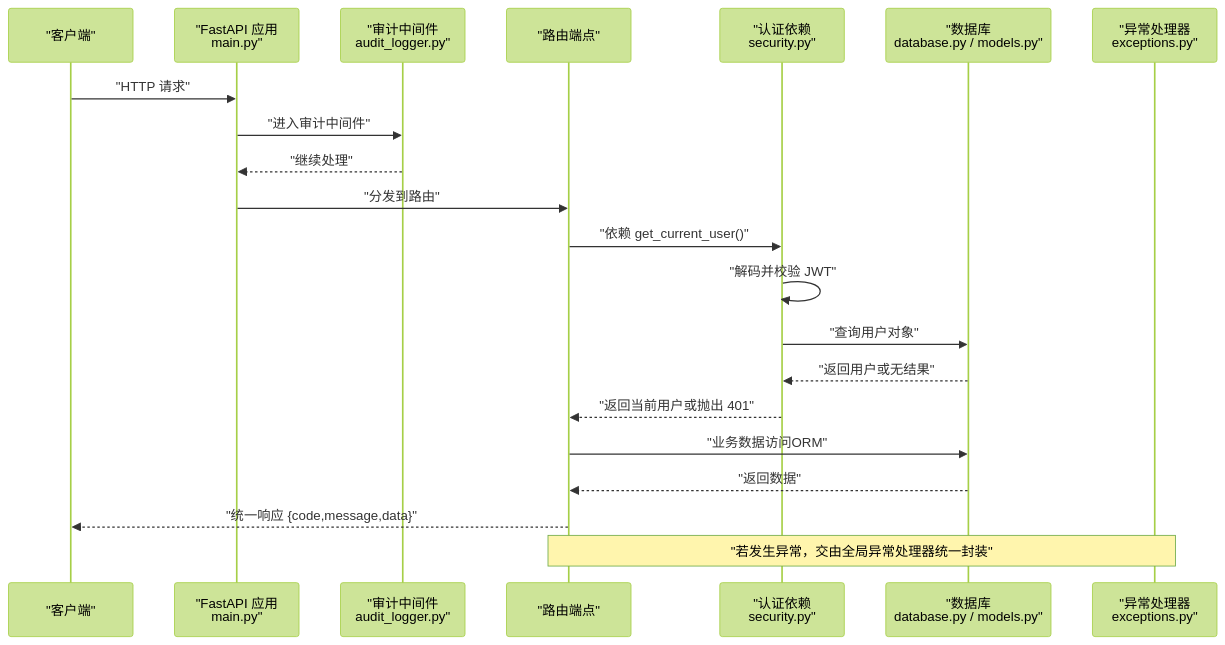
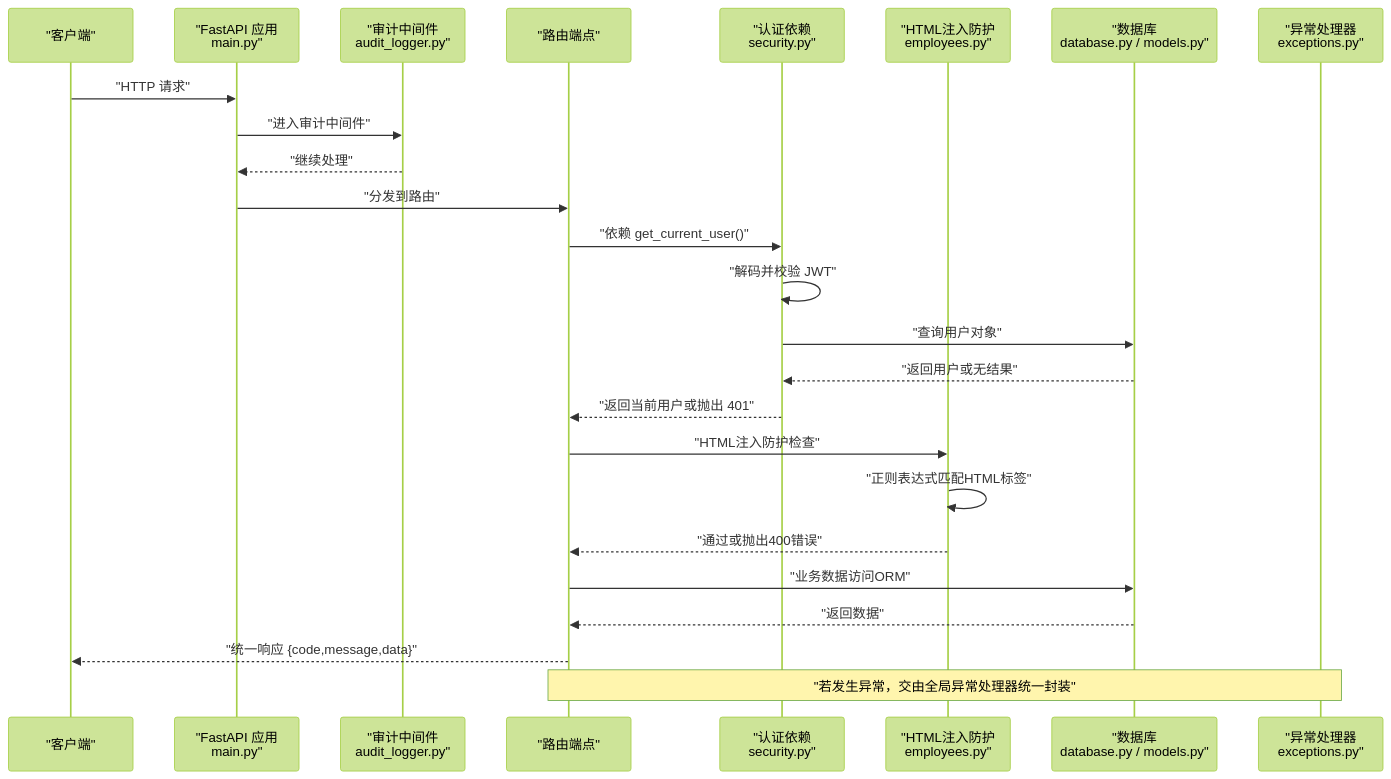
One commit to xgd561/performance_evaluation_system changed the second of 8 diagrams in .qoder/repowiki/zh/content/系统架构/安全架构设计/安全防护措施.md. Above: the diagram before and after it, drawn with Mermaid (forest theme). The commit also changed other lines of this file and 136 other files, not shown here.

````diff
--- a/.qoder/repowiki/zh/content/系统架构/安全架构设计/安全防护措施.md
+++ b/.qoder/repowiki/zh/content/系统架构/安全架构设计/安全防护措施.md
@@ -117,23 +139,27 @@
 ```mermaid
 sequenceDiagram
 participant C as "客户端"
 participant F as "FastAPI 应用<br/>main.py"
 participant M as "审计中间件<br/>audit_logger.py"
 participant R as "路由端点"
 participant S as "认证依赖<br/>security.py"
+participant E as "HTML注入防护<br/>employees.py"
 participant D as "数据库<br/>database.py / models.py"
 participant X as "异常处理器<br/>exceptions.py"
 C->>F : "HTTP 请求"
 F->>M : "进入审计中间件"
 M-->>F : "继续处理"
 F->>R : "分发到路由"
 R->>S : "依赖 get_current_user()"
 S->>S : "解码并校验 JWT"
 S->>D : "查询用户对象"
 D-->>S : "返回用户或无结果"
 S-->>R : "返回当前用户或抛出 401"
+R->>E : "HTML注入防护检查"
+E->>E : "正则表达式匹配HTML标签"
+E-->>R : "通过或抛出400错误"
 R->>D : "业务数据访问ORM"
 D-->>R : "返回数据"
 R-->>C : "统一响应 {code,message,data}"
 Note over R,X : "若发生异常，交由全局异常处理器统一封装"
 ```
````
